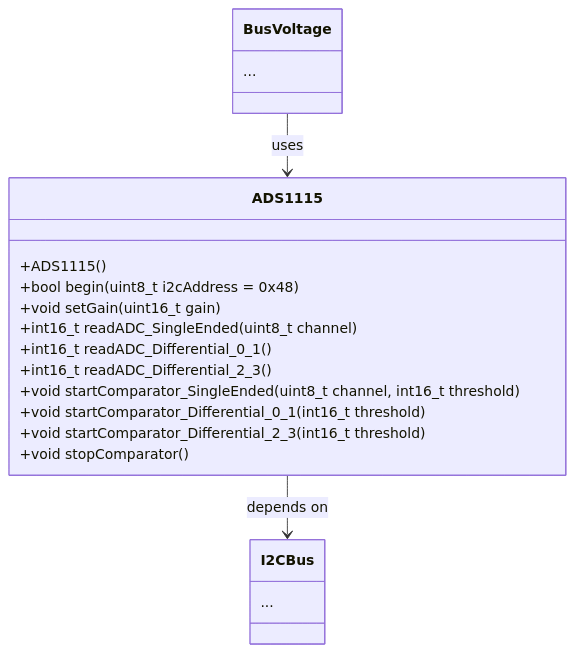
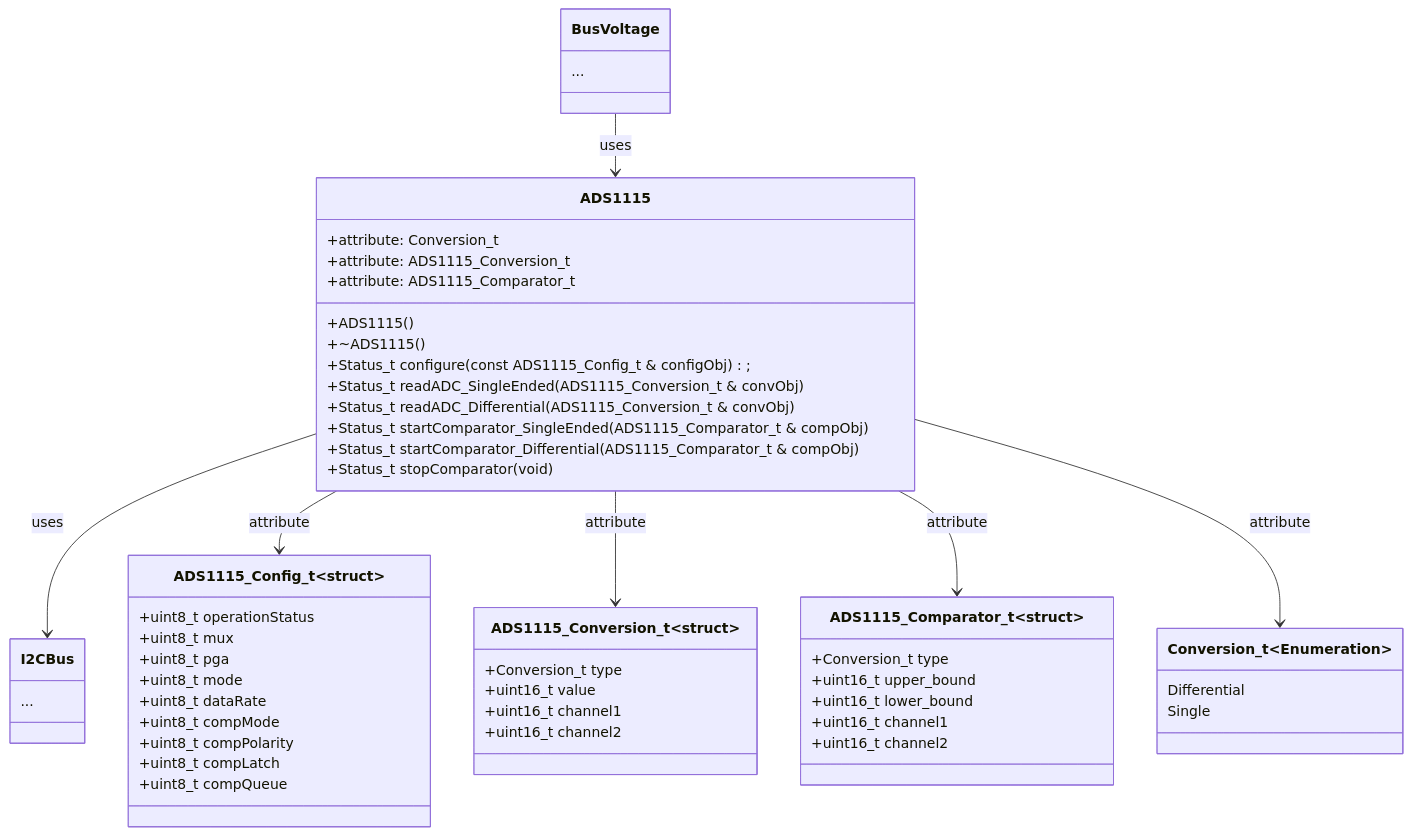
Before and after one commit to hquiroz-1988/esp: the fifth of 6 diagrams in solar_meter/Documents/AppNotes/PowerMonitor.md, drawn with Mermaid. The commit also changed other lines of this file, not shown here.

Commit message:
added ads1115 design to power monirot appnote

````diff
--- a/solar_meter/Documents/AppNotes/PowerMonitor.md
+++ b/solar_meter/Documents/AppNotes/PowerMonitor.md
@@ -192,23 +194,56 @@
 ```mermaid
 classDiagram
     class BusVoltage {
         ...
     }
     class ADS1115 {
         +ADS1115()
-        +bool begin(uint8_t i2cAddress = 0x48)
-        +void setGain(uint16_t gain)
-        +int16_t readADC_SingleEnded(uint8_t channel)
-        +int16_t readADC_Differential_0_1()
-        +int16_t readADC_Differential_2_3()
-        +void startComparator_SingleEnded(uint8_t channel, int16_t threshold)
-        +void startComparator_Differential_0_1(int16_t threshold)
-        +void startComparator_Differential_2_3(int16_t threshold)
-        +void stopComparator()
+        +~ADS1115()
+        +Status_t configure(const ADS1115_Config_t & configObj);
+        +Status_t readADC_SingleEnded(ADS1115_Conversion_t & convObj)
+        +Status_t readADC_Differential(ADS1115_Conversion_t & convObj)
+        +Status_t startComparator_SingleEnded(ADS1115_Comparator_t & compObj)
+        +Status_t startComparator_Differential(ADS1115_Comparator_t & compObj)
+        +Status_t stopComparator(void)
+        +attribute: Conversion_t
+        +attribute: ADS1115_Conversion_t 
+        +attribute: ADS1115_Comparator_t
     }
     class I2CBus {
         ...
     }
+    class ADS1115_Config_t~struct~{
+        +uint8_t operationStatus 
+        +uint8_t mux         
+        +uint8_t pga         
+        +uint8_t mode        
+        +uint8_t dataRate    
+        +uint8_t compMode    
+        +uint8_t compPolarity
+        +uint8_t compLatch   
+        +uint8_t compQueue
+    }
+    class ADS1115_Conversion_t~struct~{
+        +Conversion_t type
+        +uint16_t value
+        +uint16_t channel1
+        +uint16_t channel2
+    }
+    class ADS1115_Comparator_t~struct~{
+        +Conversion_t type
+        +uint16_t upper_bound
+        +uint16_t lower_bound
+        +uint16_t channel1
+        +uint16_t channel2
+    }
+    class Conversion_t~Enumeration~{
+        Differential
+        Single
+    }
     BusVoltage --> ADS1115 : uses
-    ADS1115 --> I2CBus : depends on
+    ADS1115 --> I2CBus : uses
+    ADS1115 --> ADS1115_Config_t : attribute
+    ADS1115 --> ADS1115_Conversion_t : attribute
+    ADS1115 --> ADS1115_Comparator_t : attribute
+    ADS1115 --> Conversion_t : attribute
 ```
````
